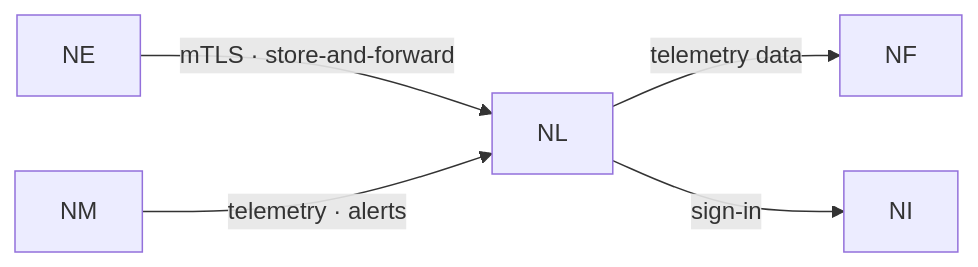
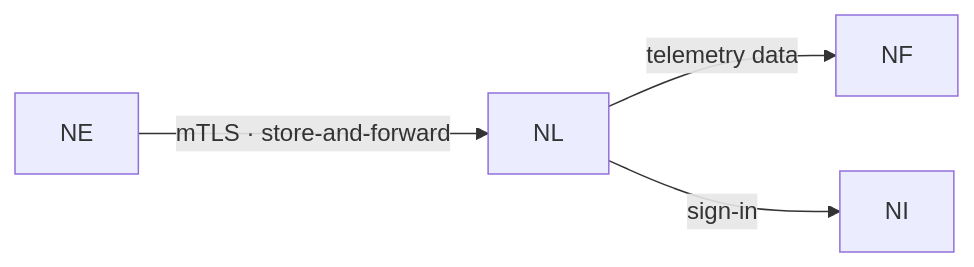
Before and after one commit to NereidAI/nereidai.github.io: the diagram in docs/en/products/nereidlink.md, drawn with Mermaid. The commit also changed other lines of this file and 81 other files, not shown here.

````diff
--- a/docs/en/products/nereidlink.md
+++ b/docs/en/products/nereidlink.md
@@ -103,7 +102,6 @@
 ```mermaid
 flowchart LR
     EDGE["NE"] -->|mTLS · store-and-forward| LINK["NL"]
     LINK -->|telemetry data| FORGE["NF"]
-    MOBILE["NM"] -->|telemetry · alerts| LINK
     LINK -->|sign-in| NI["NI"]
 ```
````
